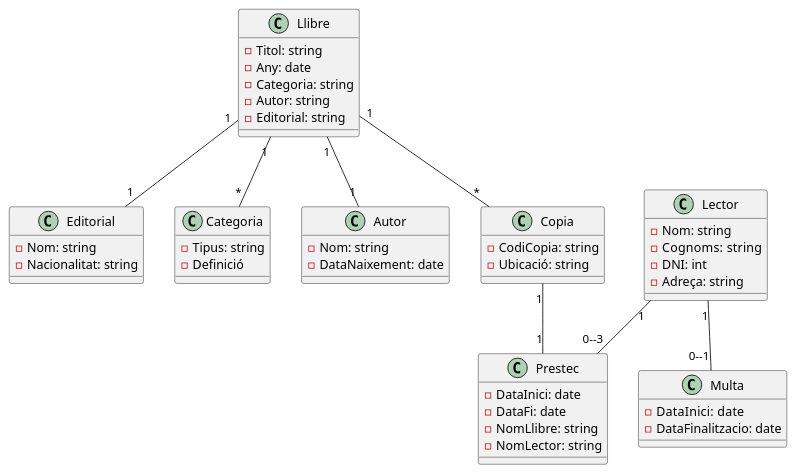
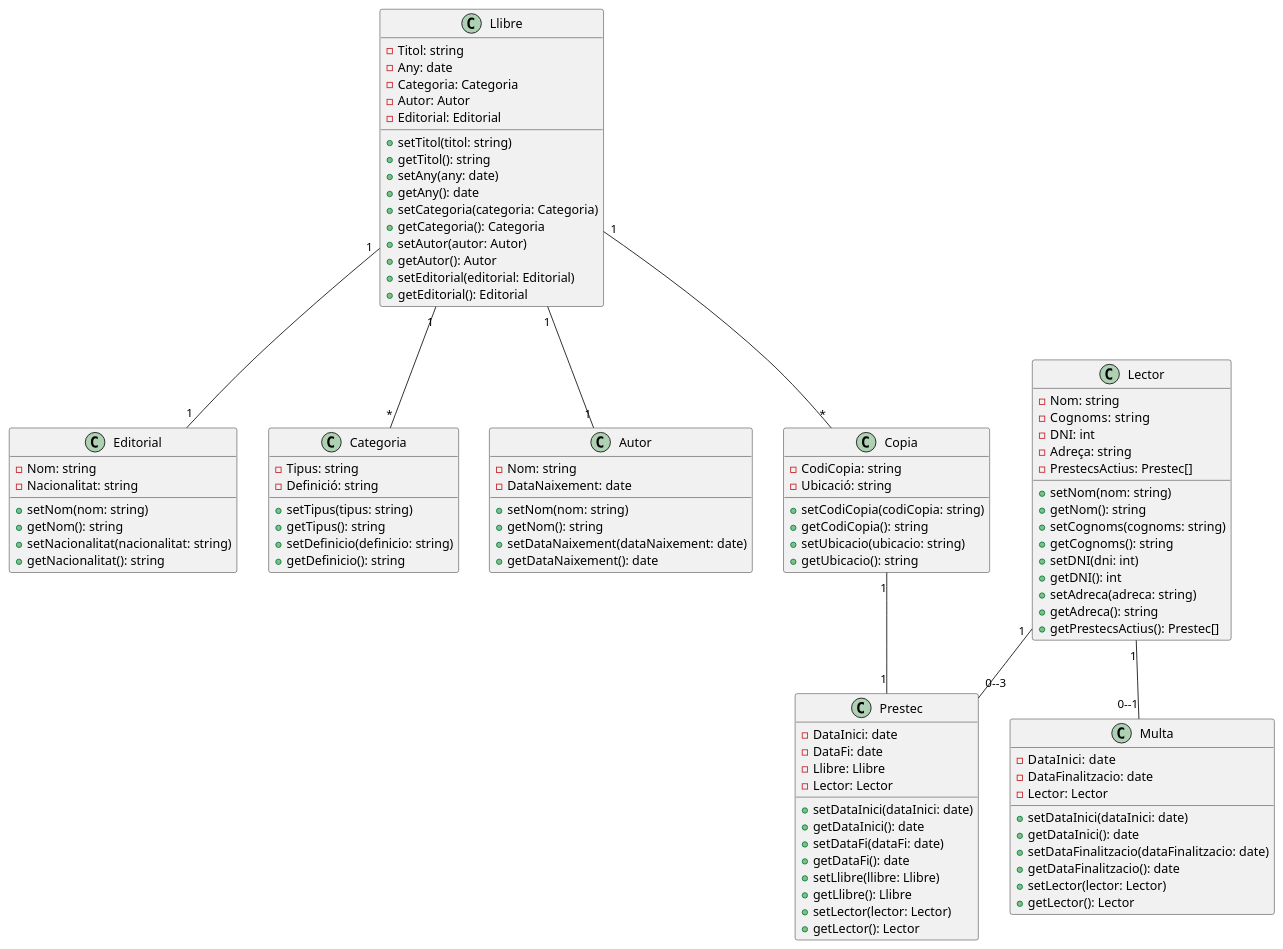
One commit to albert1413/PlantUML changed the diagram in Biblioteca.plantuml. Above: the diagram before and after it, drawn with PlantUML. The commit also changed 1 other file, not shown here.

```diff
--- a/Biblioteca.plantuml
+++ b/Biblioteca.plantuml
@@ -1,57 +1,116 @@
 @startuml
 
-        class Llibre{
-            -Titol: string
-            -Any: date
-            -Categoria: string
-            -Autor: string
-            -Editorial: string
-        }
+class Llibre {
+    -Titol: string
+    -Any: date
+    -Categoria: Categoria
+    -Autor: Autor
+    -Editorial: Editorial
 
-        class Editorial{
-            -Nom: string
-            -Nacionalitat: string
-        }
+    + setTitol(titol: string)
+    + getTitol(): string
+    + setAny(any: date)
+    + getAny(): date
+    + setCategoria(categoria: Categoria)
+    + getCategoria(): Categoria
+    + setAutor(autor: Autor)
+    + getAutor(): Autor
+    + setEditorial(editorial: Editorial)
+    + getEditorial(): Editorial
+}
 
-        class Categoria{
-            -Tipus: string
-            -Definició
-        }
+class Editorial {
+    -Nom: string
+    -Nacionalitat: string
 
-        class Autor{
-            -Nom: string
-            -DataNaixement: date 
-        }
+    + setNom(nom: string)
+    + getNom(): string
+    + setNacionalitat(nacionalitat: string)
+    + getNacionalitat(): string
+}
 
-        class Copia{
-            -CodiCopia: string
-            -Ubicació: string
-        }
+class Categoria {
+    -Tipus: string
+    -Definició: string
 
-        class Prestec{
-            -DataInici: date
-            -DataFi: date
-            -NomLlibre: string
-            -NomLector: string
-        }
+    + setTipus(tipus: string)
+    + getTipus(): string
+    + setDefinicio(definicio: string)
+    + getDefinicio(): string
+}
 
-        class Lector{
-            -Nom: string
-            -Cognoms:  string
-            -DNI: int
-            -Adreça: string
-        }
+class Autor {
+    -Nom: string
+    -DataNaixement: date 
 
-        class Multa{
-            -DataInici:  date
-            -DataFinalitzacio: date
-        }
+    + setNom(nom: string)
+    + getNom(): string
+    + setDataNaixement(dataNaixement: date)
+    + getDataNaixement(): date
+}
 
-        Llibre "1" -- "*" Categoria 
-        Llibre "1" -- "1" Autor 
-        Llibre "1" -- "1" Editorial 
-        Llibre "1" -- "*" Copia 
-        Copia "1" -- "1" Prestec 
-        Lector "1" -- "0--3" Prestec
-        Lector "1" -- "0--1" Multa 
-        @enduml
+class Copia {
+    -CodiCopia: string
+    -Ubicació: string
+
+    + setCodiCopia(codiCopia: string)
+    + getCodiCopia(): string
+    + setUbicacio(ubicacio: string)
+    + getUbicacio(): string
+}
+
+class Prestec {
+    -DataInici: date
+    -DataFi: date
+    -Llibre: Llibre
+    -Lector: Lector
+
+    + setDataInici(dataInici: date)
+    + getDataInici(): date
+    + setDataFi(dataFi: date)
+    + getDataFi(): date
+    + setLlibre(llibre: Llibre)
+    + getLlibre(): Llibre
+    + setLector(lector: Lector)
+    + getLector(): Lector
+}
+
+class Lector {
+    -Nom: string
+    -Cognoms:  string
+    -DNI: int
+    -Adreça: string
+    -PrestecsActius: Prestec[]
+
+    + setNom(nom: string)
+    + getNom(): string
+    + setCognoms(cognoms: string)
+    + getCognoms(): string
+    + setDNI(dni: int)
+    + getDNI(): int
+    + setAdreca(adreca: string)
+    + getAdreca(): string
+    + getPrestecsActius(): Prestec[]
+}
+
+class Multa {
+    -DataInici:  date
+    -DataFinalitzacio: date
+    -Lector: Lector
+
+    + setDataInici(dataInici: date)
+    + getDataInici(): date
+    + setDataFinalitzacio(dataFinalitzacio: date)
+    + getDataFinalitzacio(): date
+    + setLector(lector: Lector)
+    + getLector(): Lector
+}
+
+Llibre "1" -- "*" Categoria 
+Llibre "1" -- "1" Autor 
+Llibre "1" -- "1" Editorial 
+Llibre "1" -- "*" Copia 
+Copia "1" -- "1" Prestec 
+Lector "1" -- "0--3" Prestec
+Lector "1" -- "0--1" Multa 
+@enduml
```
